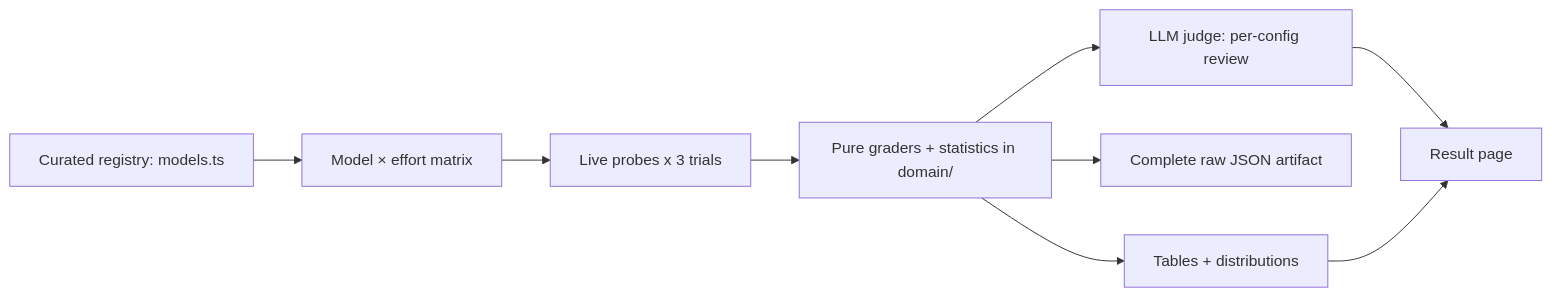
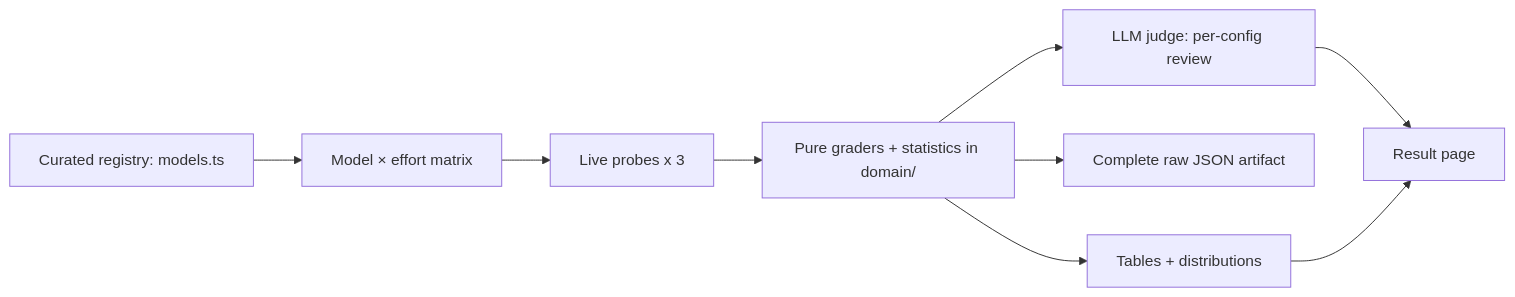
The diagram in docs/research-reports/llm-model-comparison.md (qmu/research), drawn with Mermaid before and after one commit. The commit also changed other lines of this file and 22 other files, not shown here.

````diff
--- a/docs/research-reports/llm-model-comparison.md
+++ b/docs/research-reports/llm-model-comparison.md
@@ -53,11 +56,11 @@
 ```mermaid
 flowchart LR
   R[Curated registry: models.ts] --> M[Model × effort matrix]
-  M --> P[Live probes x 3 trials]
+  M --> P[Live probes x 3]
   P --> G[Pure graders + statistics in domain/]
   G --> J[LLM judge: per-config review]
   G --> A[Complete raw JSON artifact]
   G --> T[Tables + distributions]
   J --> Page[Result page]
   T --> Page
 ```
````
